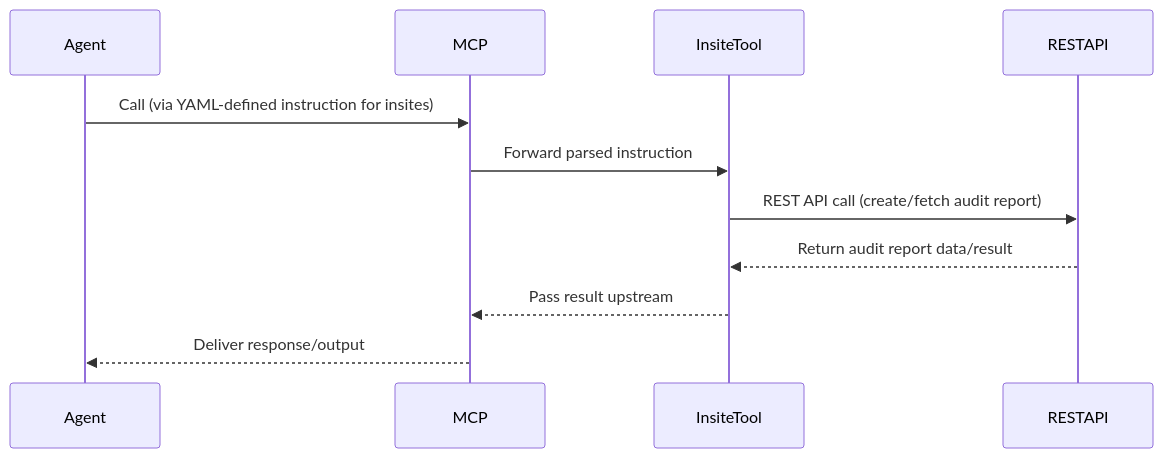
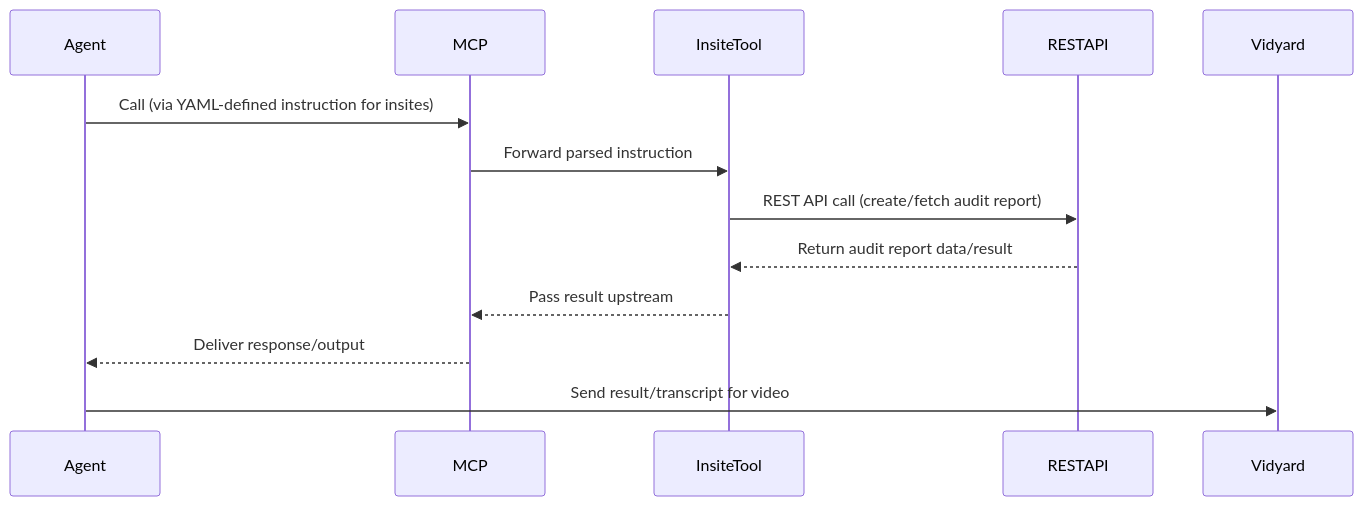
Before and after one commit to nenavathsuresh/Autogen: the second of 2 diagrams in README.md, drawn with Mermaid.

````diff
--- a/README.md
+++ b/README.md
@@ -73,16 +73,19 @@
 ```mermaid
 sequenceDiagram
     participant Agent
     participant MCP
     participant InsiteTool
     participant RESTAPI
+    participant Vidyard
 
     Agent->>MCP: Call (via YAML-defined instruction for insites)
     MCP->>InsiteTool: Forward parsed instruction
     InsiteTool->>RESTAPI: REST API call (create/fetch audit report)
     RESTAPI-->>InsiteTool: Return audit report data/result
     InsiteTool-->>MCP: Pass result upstream
     MCP-->>Agent: Deliver response/output
+    Agent->>Vidyard: Send result/transcript for video
+
 
 
 ```
````
